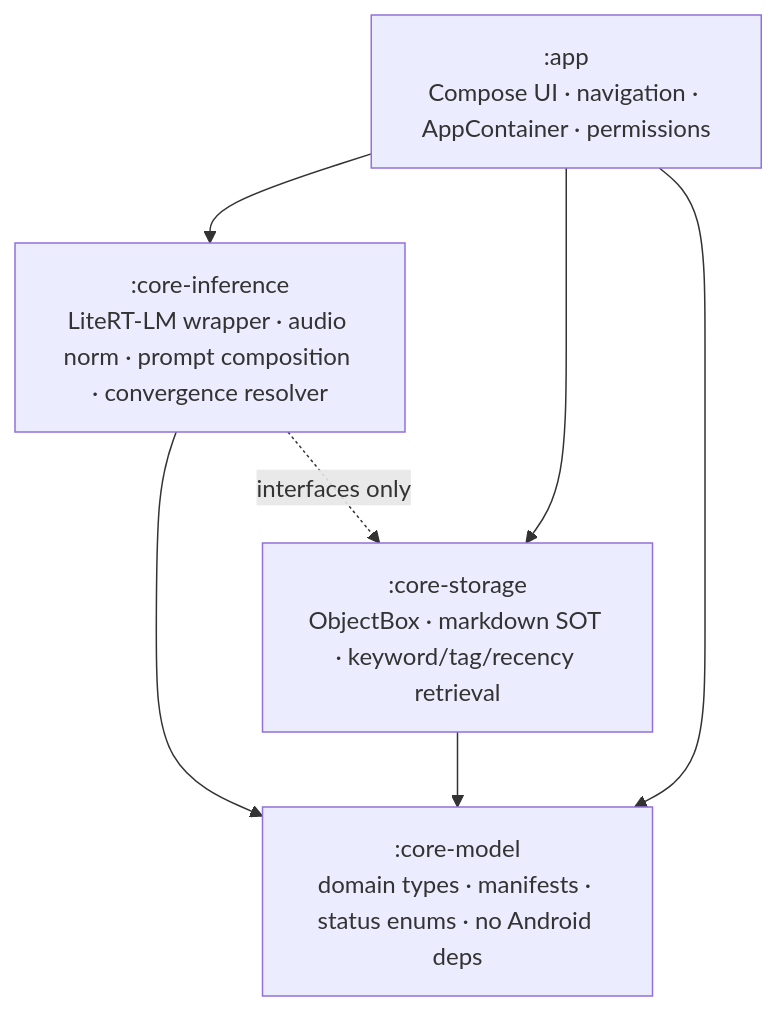
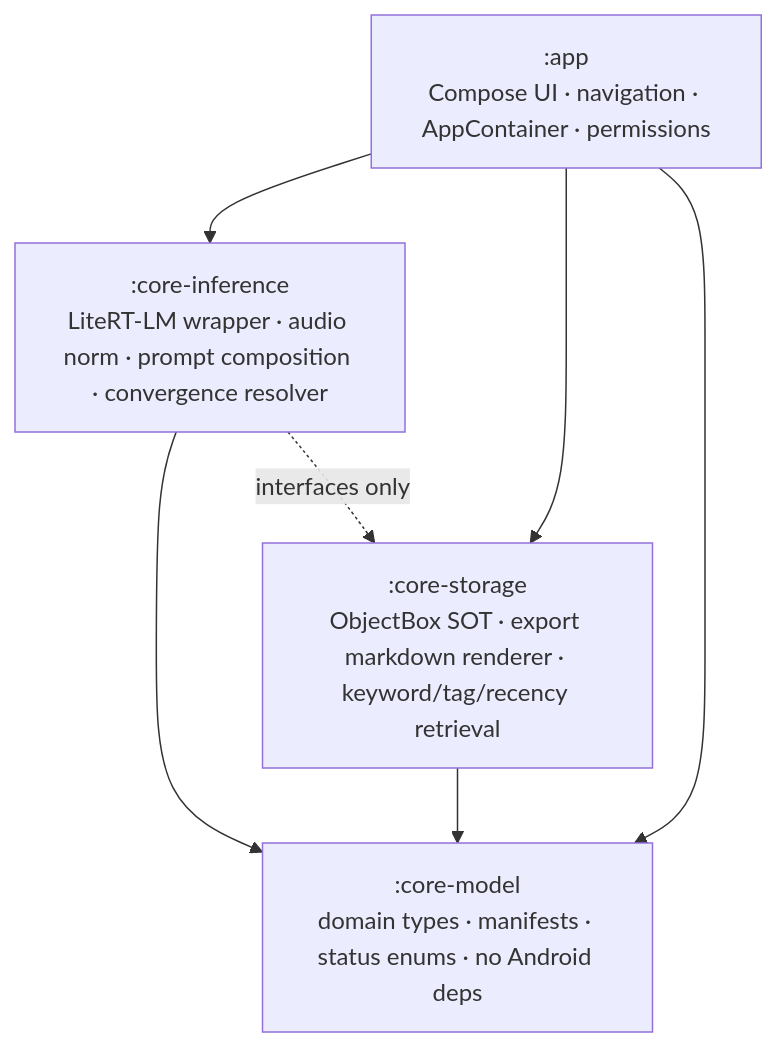
The first of 4 diagrams in docs/diagrams/architecture.md (anchildress1/vestige), drawn with Mermaid before and after one commit. The commit also changed other lines of this file and 77 other files, not shown here.

First line of the commit message:
feat(storage): make ObjectBox the entry source of truth (#50)

````diff
--- a/docs/diagrams/architecture.md
+++ b/docs/diagrams/architecture.md
@@ -12,17 +12,17 @@
 ```mermaid
 flowchart TD
     accTitle: Vestige Gradle module dependency graph
     accDescr: app depends on core-inference, core-storage, and core-model. core-inference depends on core-model and core-storage interfaces. core-storage depends on core-model. core-model depends on nothing.
 
     App[":app<br/>Compose UI · navigation · AppContainer · permissions"]
     Inf[":core-inference<br/>LiteRT-LM wrapper · audio norm · prompt composition · convergence resolver"]
-    Sto[":core-storage<br/>ObjectBox · markdown SOT · keyword/tag/recency retrieval"]
+    Sto[":core-storage<br/>ObjectBox SOT · export markdown renderer · keyword/tag/recency retrieval"]
     Mod[":core-model<br/>domain types · manifests · status enums · no Android deps"]
 
     App --> Inf
     App --> Sto
     App --> Mod
     Inf --> Mod
     Inf -. interfaces only .-> Sto
     Sto --> Mod
 ```
````
